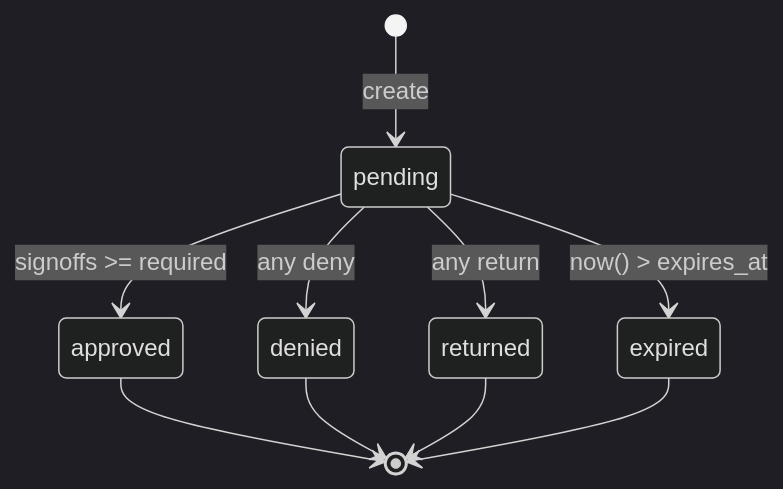
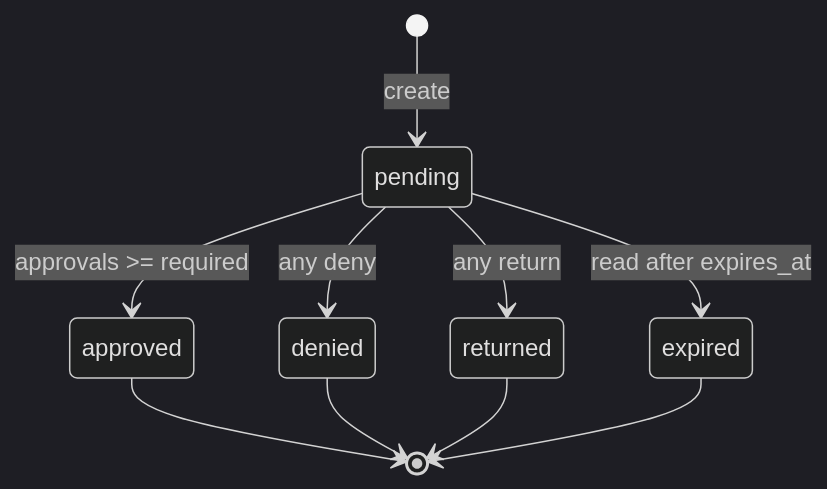
One commit to sarkar4777/abenix changed the second of 3 diagrams in docs/02-runtime/05-approvals-hitl.md. Above: the diagram before and after it, drawn with Mermaid (dark theme). The commit also changed other lines of this file and 288 other files, not shown here.

````diff
--- a/docs/02-runtime/05-approvals-hitl.md
+++ b/docs/02-runtime/05-approvals-hitl.md
@@ -72,12 +159,12 @@
 ```mermaid
 stateDiagram-v2
   [*] --> pending: create
-  pending --> approved: signoffs >= required
+  pending --> approved: approvals >= required
   pending --> denied: any deny
   pending --> returned: any return
-  pending --> expired: now() > expires_at
+  pending --> expired: read after expires_at
   approved --> [*]
   denied --> [*]
   returned --> [*]
   expired --> [*]
 ```
````
